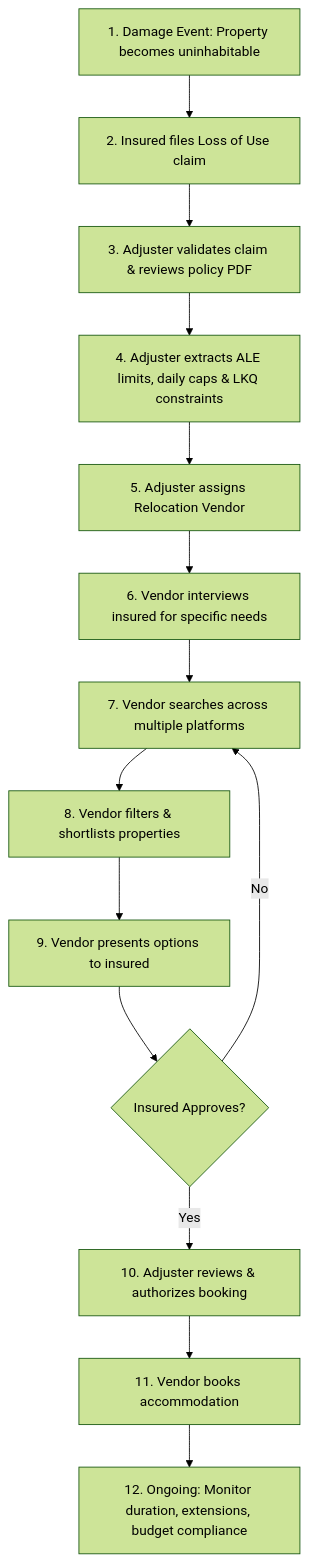
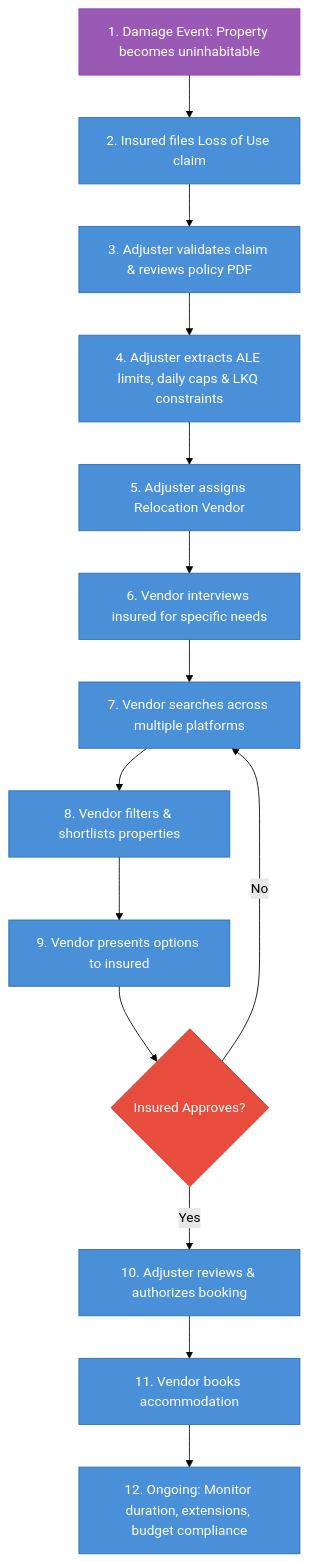
One commit to toanbui626391/applied_ai_agents changed the first of 3 diagrams in docs/design.md. Above: the diagram before and after it, drawn with Mermaid (forest theme). The commit also changed other lines of this file and 1 other file, not shown here.

````diff
--- a/docs/design.md
+++ b/docs/design.md
@@ -23,16 +23,20 @@
 ```mermaid
 flowchart TD
-    A["1. Damage Event: Property becomes uninhabitable"] --> B["2. Insured files Loss of Use claim"]
-    B --> C["3. Adjuster validates claim & reviews policy PDF"]
-    C --> D["4. Adjuster extracts ALE limits, daily caps & LKQ constraints"]
-    D --> E["5. Adjuster assigns Relocation Vendor"]
-    E --> F["6. Vendor interviews insured for specific needs"]
-    F --> G["7. Vendor searches across multiple platforms"]
-    G --> H["8. Vendor filters & shortlists properties"]
-    H --> I["9. Vendor presents options to insured"]
-    I --> J{Insured Approves?}
+    classDef user fill:#4A90D9,stroke:#2C6FAC,color:#FFFFFF
+    classDef external fill:#9B59B6,stroke:#8E44AD,color:#FFFFFF
+    classDef decision fill:#E74C3C,stroke:#C0392B,color:#FFFFFF
+
+    A["1. Damage Event: Property becomes uninhabitable"]:::external --> B["2. Insured files Loss of Use claim"]:::user
+    B --> C["3. Adjuster validates claim & reviews policy PDF"]:::user
+    C --> D["4. Adjuster extracts ALE limits, daily caps & LKQ constraints"]:::user
+    D --> E["5. Adjuster assigns Relocation Vendor"]:::user
+    E --> F["6. Vendor interviews insured for specific needs"]:::user
+    F --> G["7. Vendor searches across multiple platforms"]:::user
+    G --> H["8. Vendor filters & shortlists properties"]:::user
+    H --> I["9. Vendor presents options to insured"]:::user
+    I --> J{Insured Approves?}:::decision
     J -- No --> G
-    J -- Yes --> K["10. Adjuster reviews & authorizes booking"]
-    K --> L["11. Vendor books accommodation"]
-    L --> M["12. Ongoing: Monitor duration, extensions, budget compliance"]
+    J -- Yes --> K["10. Adjuster reviews & authorizes booking"]:::user
+    K --> L["11. Vendor books accommodation"]:::user
+    L --> M["12. Ongoing: Monitor duration, extensions, budget compliance"]:::user
 ```
````
